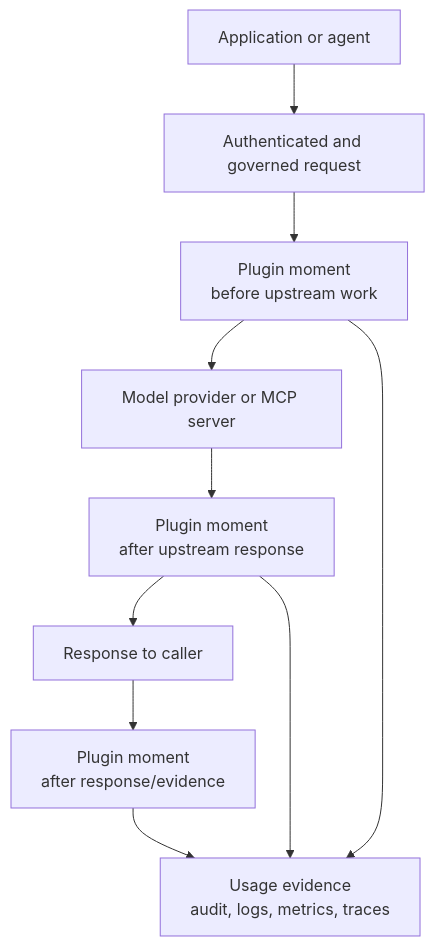
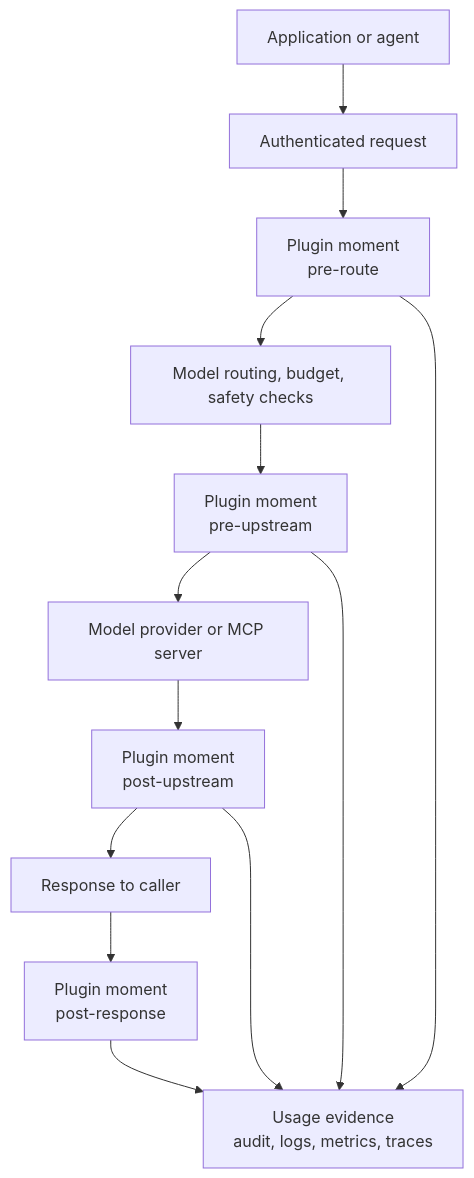
Before and after one commit to odock-ai/odock-docs: the first of 3 diagrams in content/docs/plugins/plugin-lifecycle.mdx, drawn with Mermaid. The commit also changed other lines of this file and 14 other files, not shown here.

````diff
--- a/content/docs/plugins/plugin-lifecycle.mdx
+++ b/content/docs/plugins/plugin-lifecycle.mdx
@@ -13,15 +13,18 @@
 ```mermaid
 flowchart TB
   CLIENT["Application or agent"]
-  AUTH["Authenticated and governed request"]
-  BEFORE["Plugin moment<br/>before upstream work"]
+  AUTH["Authenticated request"]
+  PREROUTE["Plugin moment<br/>pre-route"]
+  ROUTING["Model routing, budget, safety checks"]
+  PREUPSTREAM["Plugin moment<br/>pre-upstream"]
   UPSTREAM["Model provider or MCP server"]
-  AFTER["Plugin moment<br/>after upstream response"]
+  POSTUPSTREAM["Plugin moment<br/>post-upstream"]
   RESPONSE["Response to caller"]
-  EVIDENCE["Plugin moment<br/>after response/evidence"]
+  POSTRESPONSE["Plugin moment<br/>post-response"]
   OBS["Usage evidence<br/>audit, logs, metrics, traces"]
 
-  CLIENT --> AUTH --> BEFORE --> UPSTREAM --> AFTER --> RESPONSE --> EVIDENCE --> OBS
-  BEFORE --> OBS
-  AFTER --> OBS
+  CLIENT --> AUTH --> PREROUTE --> ROUTING --> PREUPSTREAM --> UPSTREAM --> POSTUPSTREAM --> RESPONSE --> POSTRESPONSE --> OBS
+  PREROUTE --> OBS
+  PREUPSTREAM --> OBS
+  POSTUPSTREAM --> OBS
 ```
````
